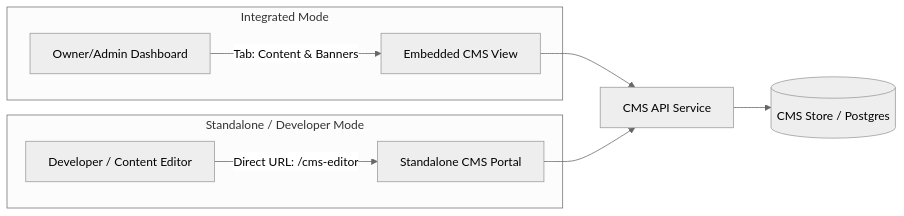
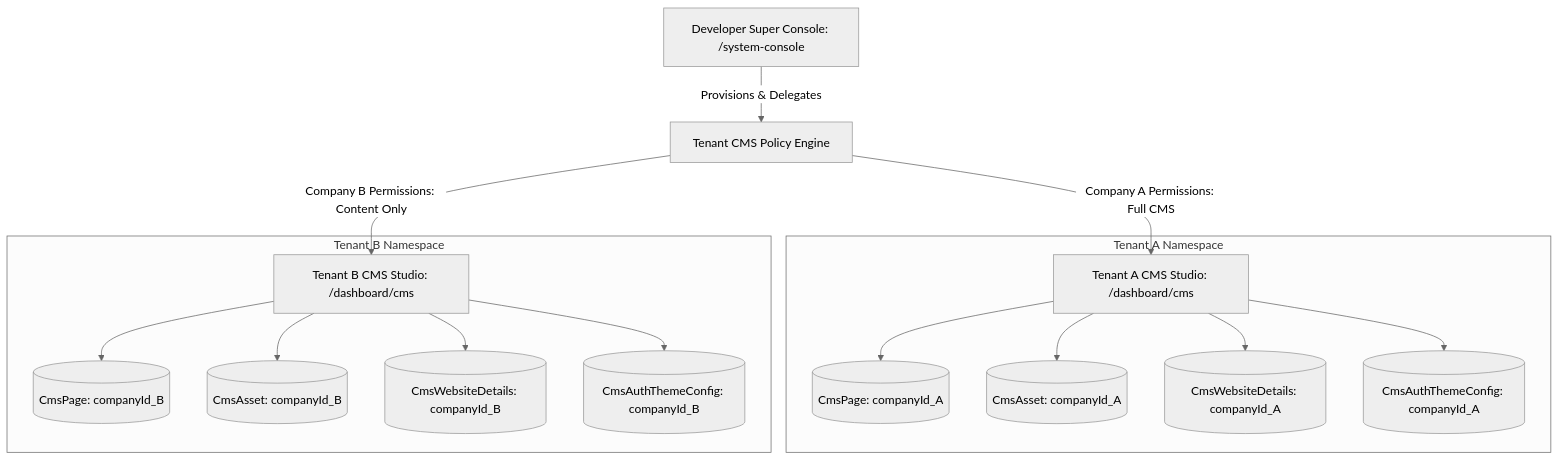
Before and after one commit to hussaintmg/WebsiteBuilderDocumentation: the eighth of 12 diagrams in modules/CMS_ENGINE.md, drawn with Mermaid (neutral theme). The commit also changed other lines of this file and 40 other files, not shown here.

````diff
--- a/modules/CMS_ENGINE.md
+++ b/modules/CMS_ENGINE.md
@@ -9,14 +1982,21 @@
 ```mermaid
-graph LR
-    subgraph Integrated Mode
-        OwnerDashboard[Owner/Admin Dashboard] -->|Tab: Content & Banners| IntegratedCMS[Embedded CMS View]
+graph TD
+    Developer[Developer Super Console: /system-console] -->|Provisions & Delegates| TenantPolicy[Tenant CMS Policy Engine]
+    
+    TenantPolicy -->|Company A Permissions: Full CMS| TenantA_CMS[Tenant A CMS Studio: /dashboard/cms]
+    TenantPolicy -->|Company B Permissions: Content Only| TenantB_CMS[Tenant B CMS Studio: /dashboard/cms]
+    
+    subgraph Tenant A Namespace
+        TenantA_CMS --> A_Pages[(CmsPage: companyId_A)]
+        TenantA_CMS --> A_Assets[(CmsAsset: companyId_A)]
+        TenantA_CMS --> A_WebDetails[(CmsWebsiteDetails: companyId_A)]
+        TenantA_CMS --> A_AuthTheme[(CmsAuthThemeConfig: companyId_A)]
     end
 
-    subgraph Standalone / Developer Mode
-        DevConsole[Developer / Content Editor] -->|Direct URL: /cms-editor| HeadlessCMS[Standalone CMS Portal]
+    subgraph Tenant B Namespace
+        TenantB_CMS --> B_Pages[(CmsPage: companyId_B)]
+        TenantB_CMS --> B_Assets[(CmsAsset: companyId_B)]
+        TenantB_CMS --> B_WebDetails[(CmsWebsiteDetails: companyId_B)]
+        TenantB_CMS --> B_AuthTheme[(CmsAuthThemeConfig: companyId_B)]
     end
-
-    IntegratedCMS --> CMSService[CMS API Service]
-    HeadlessCMS --> CMSService
-    CMSService --> CMSDatabase[(CMS Store / Postgres)]
 ```
````
